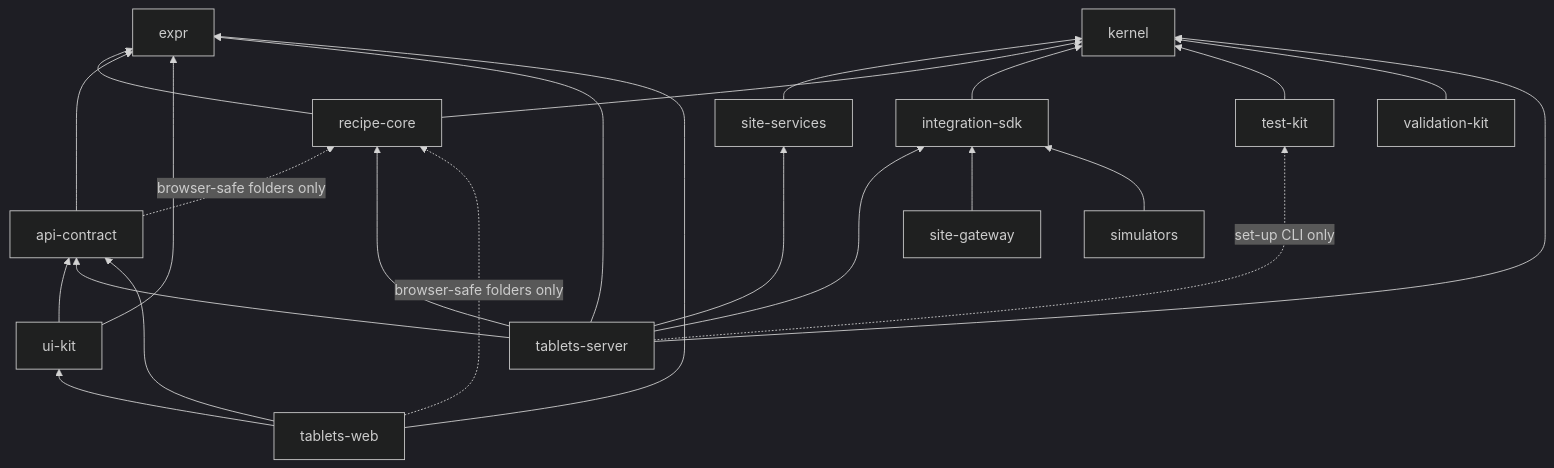
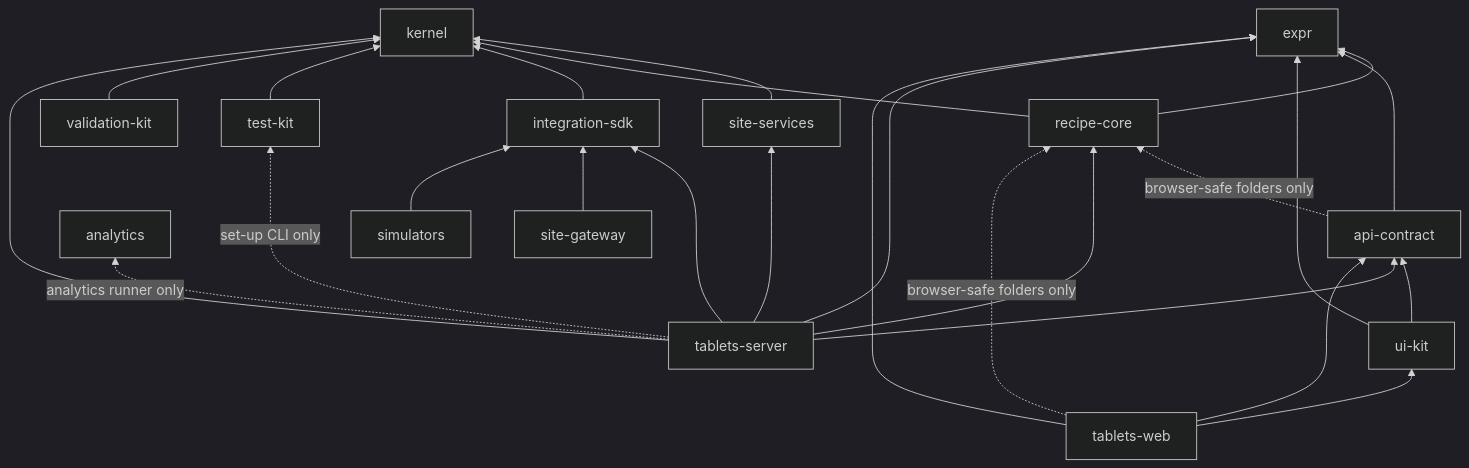
One commit to maglesT/ebmr changed the first of 4 diagrams in docs/handbook/03-architecture.md. Above: the diagram before and after it, drawn with Mermaid (dark theme). The commit also changed other lines of this file and 18 other files, not shown here.

````diff
--- a/docs/handbook/03-architecture.md
+++ b/docs/handbook/03-architecture.md
@@ -85,21 +86,23 @@
 ```mermaid
 flowchart BT
   expr[expr]
   kernel[kernel]
   site[site-services] --> kernel
   rc[recipe-core] --> kernel
   rc --> expr
   ac[api-contract] --> expr
   ac -. browser-safe folders only .-> rc
   ui[ui-kit] --> ac
   ui --> expr
   sdk[integration-sdk] --> kernel
   tk[test-kit] --> kernel
   vk[validation-kit] --> kernel
   ts[tablets-server] --> kernel & site & rc & ac & expr & sdk
   ts -. set-up CLI only .-> tk
   tw[tablets-web] --> ac & ui & expr
+  an[analytics]
+  ts -. analytics runner only .-> an
   tw -. browser-safe folders only .-> rc
   gw[site-gateway] --> sdk
   sim[simulators] --> sdk
 ```
````
